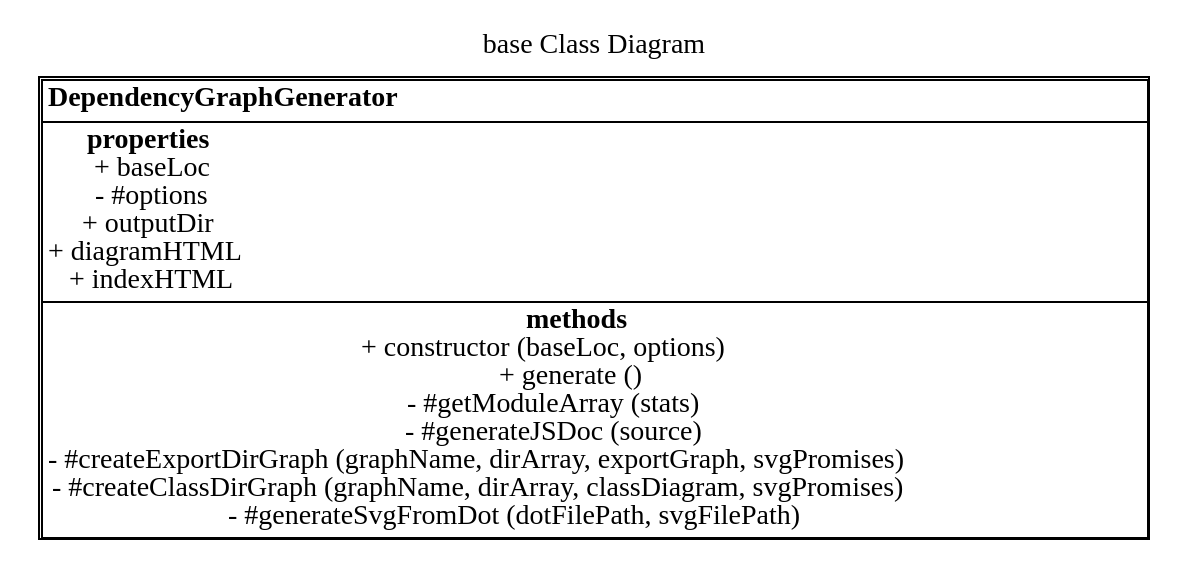
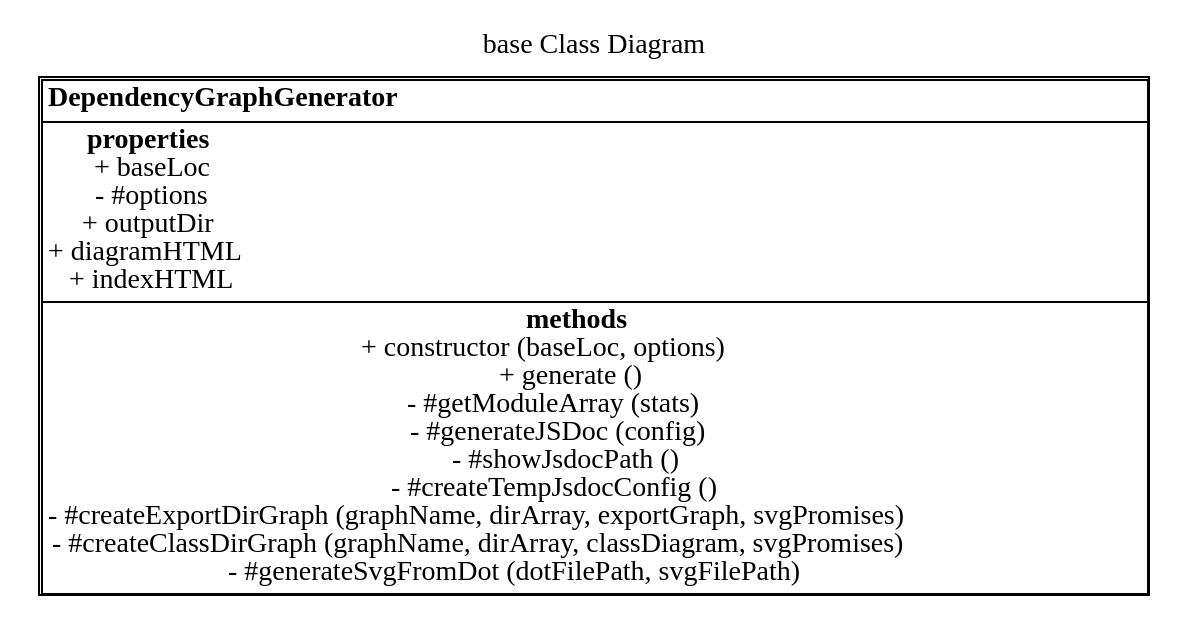
Before and after one commit to fleebe/dep-graph: the diagram in docs/ClassDiagram.dot, drawn with Graphviz. The commit also changed 14 other files, not shown here.

Commit message:
Made  jsdoc work and created base diagrams navigation.

```diff
--- a/docs/ClassDiagram.dot
+++ b/docs/ClassDiagram.dot
@@ -1,23 +1,25 @@
 digraph {label=" base Class Diagram";
 labelloc="t";
 "DependencyGraphGenerator" [shape = none, label =<<TABLE cellspacing="0" cellborder="1" align="left">
 <TR><TD align="left"><B>DependencyGraphGenerator</B></TD></TR>
 <TR><TD align="left"><B>properties</B><BR/>
 + baseLoc<BR/>
 - #options<BR/>
 + outputDir<BR/>
 + diagramHTML<BR/>
 + indexHTML<BR/>
 </TD></TR>
 <TR><TD align="left"><B>methods</B><BR/>
 + constructor (baseLoc, options)<BR/>
 + generate ()<BR/>
 - #getModuleArray (stats)<BR/>
-- #generateJSDoc (source)<BR/>
+- #generateJSDoc (config)<BR/>
+- #showJsdocPath ()<BR/>
+- #createTempJsdocConfig ()<BR/>
 - #createExportDirGraph (graphName, dirArray, exportGraph, svgPromises)<BR/>
 - #createClassDirGraph (graphName, dirArray, classDiagram, svgPromises)<BR/>
 - #generateSvgFromDot (dotFilePath, svgFilePath)<BR/>
 </TD></TR>
 </TABLE>>];
 
 }
```
